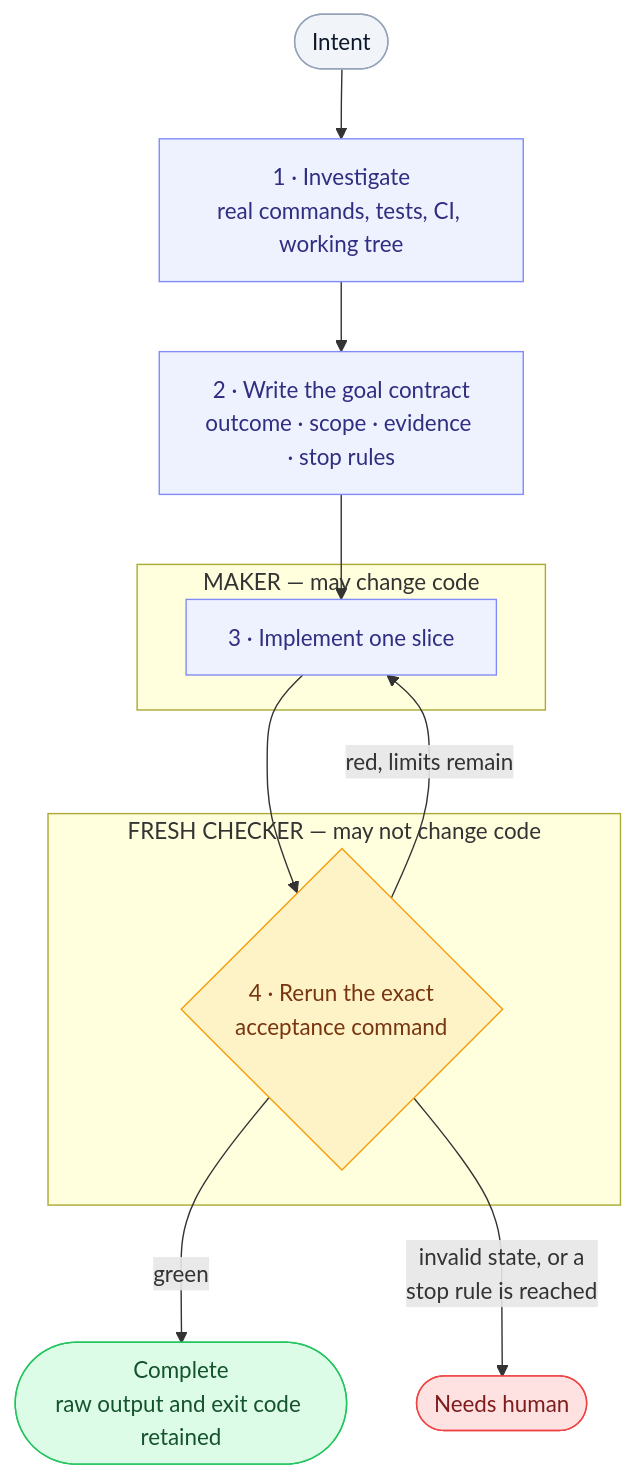
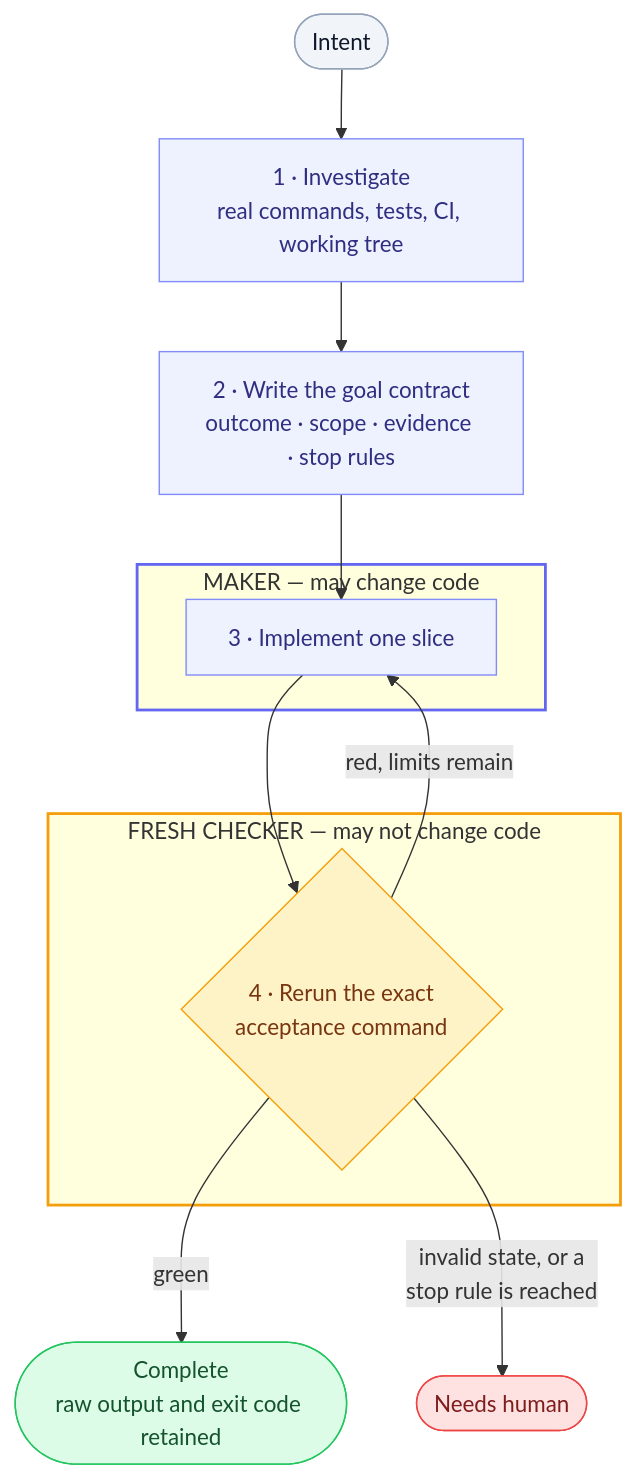
One commit to iliaim/writing-goals changed the diagram in README.md. Above: the diagram before and after it, drawn with Mermaid.

Commit message:
docs: add cluster stroke colours to the workflow diagram
Also reorders cross-edges after the subgraph blocks for readability. An
earlier message claimed the reorder was required for correct subgraph
membership; that is false. Mermaid derives membership only from statements
inside the subgraph block, so node D was already inside MAKER before the
reorder - confirmed by rendering the pre-reorder block with mermaid-cli.

````diff
--- a/README.md
+++ b/README.md
@@ -29,30 +29,32 @@
 ```mermaid
 flowchart TD
     A(["Intent"]) --> B["1 · Investigate<br/>real commands, tests, CI, working tree"]
     B --> C["2 · Write the goal contract<br/>outcome · scope · evidence · stop rules"]
-    C --> D
 
     subgraph maker ["MAKER — may change code"]
         D["3 · Implement one slice"]
     end
 
     subgraph checker ["FRESH CHECKER — may not change code"]
         E{"4 · Rerun the exact<br/>acceptance command"}
     end
 
+    C --> D
     D --> E
     E -->|green| F(["Complete<br/>raw output and exit code retained"])
     E -->|"red, limits remain"| D
     E -->|"invalid state, or a<br/>stop rule is reached"| G(["Needs human"])
 
+    style maker stroke:#6366f1,stroke-width:2px
+    style checker stroke:#f59e0b,stroke-width:2px
     classDef entry fill:#f1f5f9,stroke:#94a3b8,color:#0f172a
     classDef step fill:#eef2ff,stroke:#818cf8,color:#312e81
     classDef check fill:#fef3c7,stroke:#f59e0b,color:#78350f
     classDef done fill:#dcfce7,stroke:#22c55e,color:#14532d
     classDef halt fill:#fee2e2,stroke:#ef4444,color:#7f1d1d
     class A entry
     class B,C,D step
     class E check
     class F done
     class G halt
 ```
````
